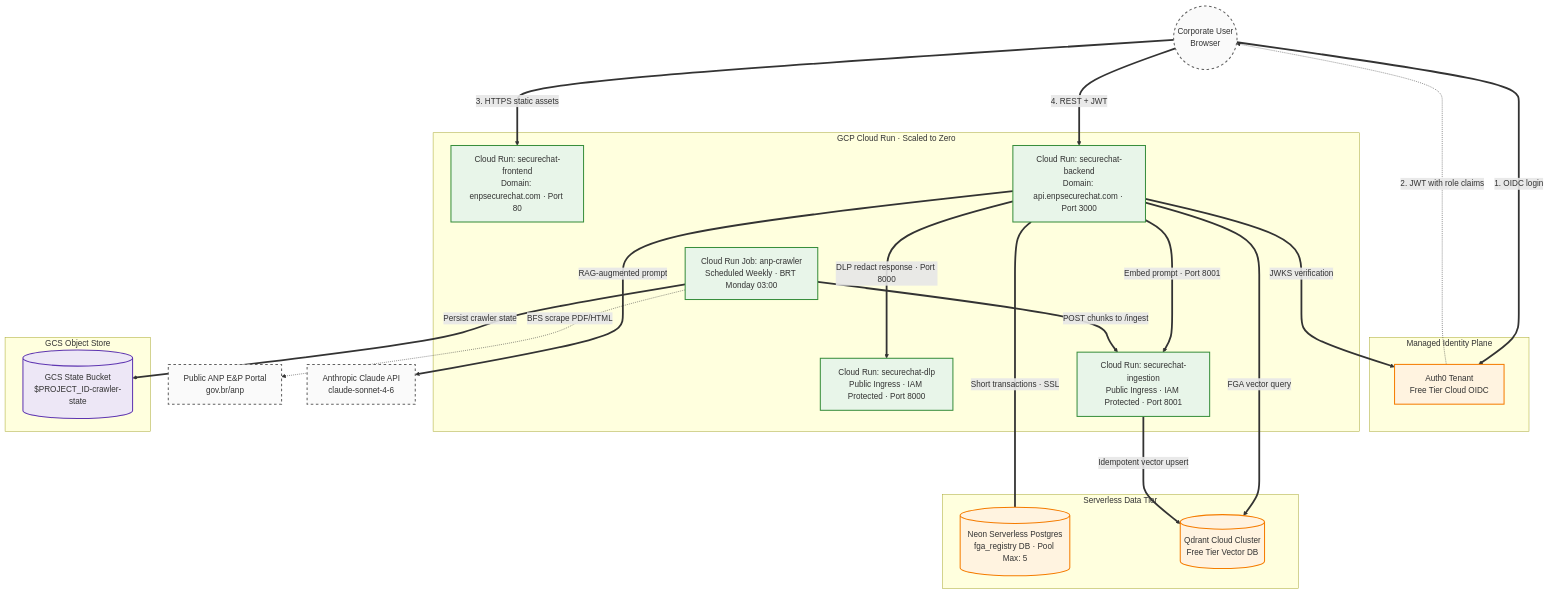
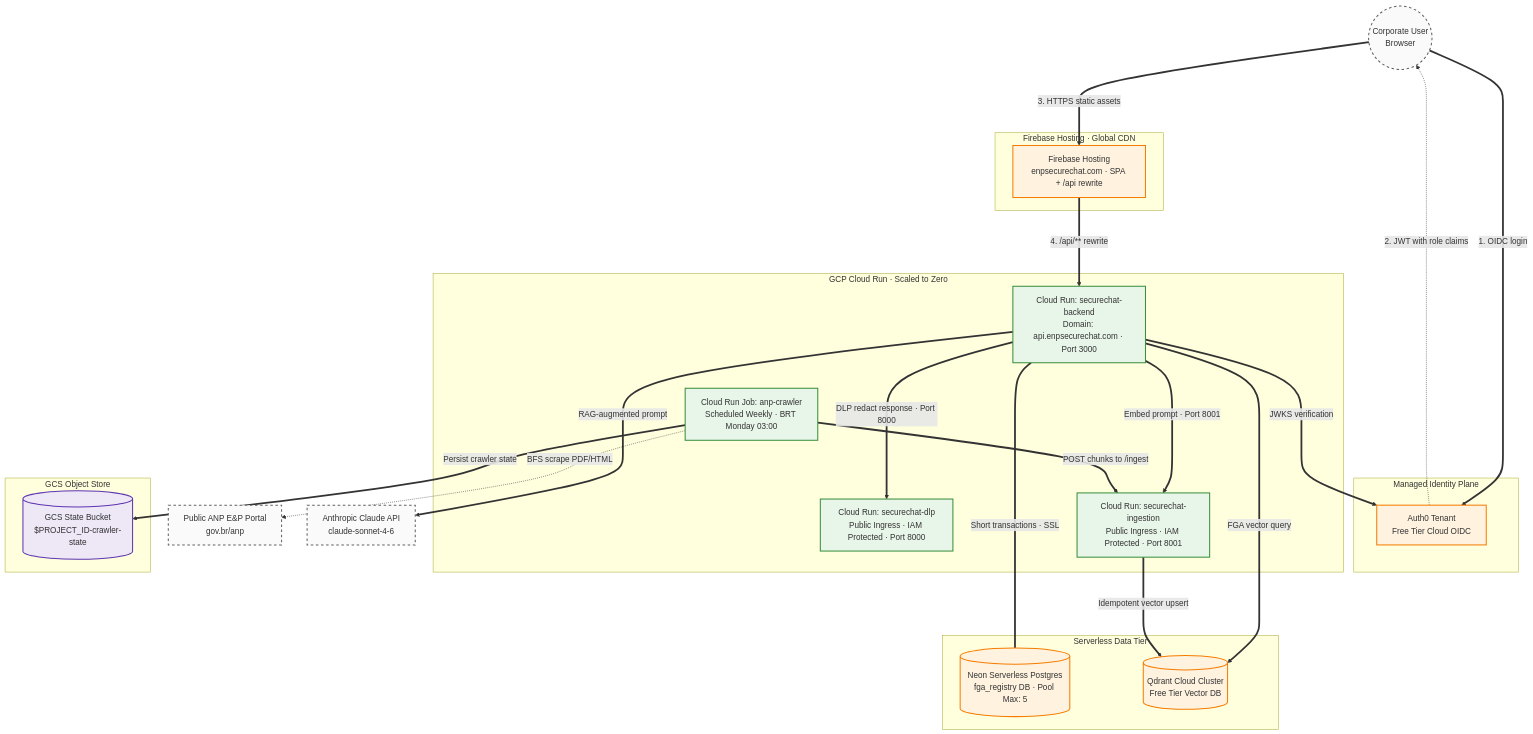
Before and after one commit to marcelorvergara/Enterprise-SecureChat: the diagram in AGENT.md, drawn with Mermaid. The commit also changed other lines of this file, not shown here.

Commit message:
feat: update GCP deployment guide to reflect Firebase Hosting integration and remove Docker frontend setup

````diff
--- a/AGENT.md
+++ b/AGENT.md
@@ -38,53 +38,56 @@
 ```mermaid
 flowchart TD
     classDef internet fill:#fafafa,stroke:#616161,stroke-width:2px,stroke-dasharray: 5 5;
     classDef run fill:#e8f5e9,stroke:#388e3c,stroke-width:2px;
     classDef saas fill:#fff3e0,stroke:#f57c00,stroke-width:2px;
     classDef storage fill:#ede7f6,stroke:#5e35b1,stroke-width:2px;
 
     User((Corporate User<br/>Browser)):::internet
     ANP_Portal[Public ANP E&P Portal<br/>gov.br/anp]:::internet
     Anthropic[Anthropic Claude API<br/>claude-sonnet-4-6]:::internet
 
     subgraph Auth0_Cloud [Managed Identity Plane]
         Auth0[Auth0 Tenant<br/>Free Tier Cloud OIDC]:::saas
     end
 
     subgraph SaaS_Data_Tier [Serverless Data Tier]
         Neon[(Neon Serverless Postgres<br/>fga_registry DB · Pool Max: 5)]:::saas
         Qdrant_Cloud[(Qdrant Cloud Cluster<br/>Free Tier Vector DB)]:::saas
     end
 
+    subgraph Firebase_Hosting [Firebase Hosting · Global CDN]
+        FB_Host[Firebase Hosting<br/>enpsecurechat.com · SPA + /api rewrite]:::saas
+    end
+
     subgraph GCP_Cloud_Run [GCP Cloud Run · Scaled to Zero]
-        CR_Front[Cloud Run: securechat-frontend<br/>Domain: enpsecurechat.com · Port 80]:::run
         CR_Back[Cloud Run: securechat-backend<br/>Domain: api.enpsecurechat.com · Port 3000]:::run
 
         CR_Dlp[Cloud Run: securechat-dlp<br/>Public Ingress · IAM Protected · Port 8000]:::run
         CR_Ing[Cloud Run: securechat-ingestion<br/>Public Ingress · IAM Protected · Port 8001]:::run
 
         Job_Crawler[Cloud Run Job: anp-crawler<br/>Scheduled Weekly · BRT Monday 03:00]:::run
     end
 
     subgraph Storage_Tier [GCS Object Store]
         Bucket_State[(GCS State Bucket<br/>$PROJECT_ID-crawler-state)]:::storage
     end
 
     User ===>|1. OIDC login| Auth0
     Auth0 -.->|2. JWT with role claims| User
-    User ===>|3. HTTPS static assets| CR_Front
-    User ===>|4. REST + JWT| CR_Back
+    User ===>|3. HTTPS static assets| FB_Host
+    FB_Host ===>|4. /api/** rewrite| CR_Back
 
     CR_Back ===>|Embed prompt · Port 8001| CR_Ing
     CR_Back ===>|DLP redact response · Port 8000| CR_Dlp
 
     CR_Back ===>|JWKS verification| Auth0
     CR_Back ===|Short transactions · SSL| Neon
     CR_Back ===>|FGA vector query| Qdrant_Cloud
     CR_Back ===>|RAG-augmented prompt| Anthropic
 
     CR_Ing ===>|Idempotent vector upsert| Qdrant_Cloud
 
     Job_Crawler ==>|Persist crawler state| Bucket_State
     Job_Crawler ==>|POST chunks to /ingest| CR_Ing
     Job_Crawler -.->|BFS scrape PDF/HTML| ANP_Portal
 ```
````
